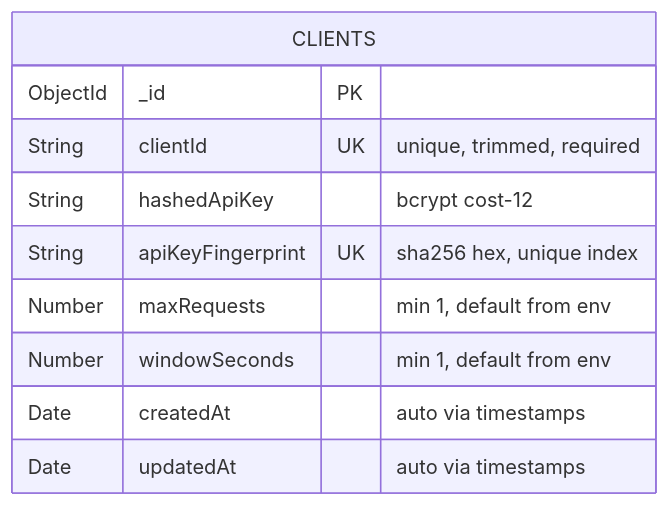
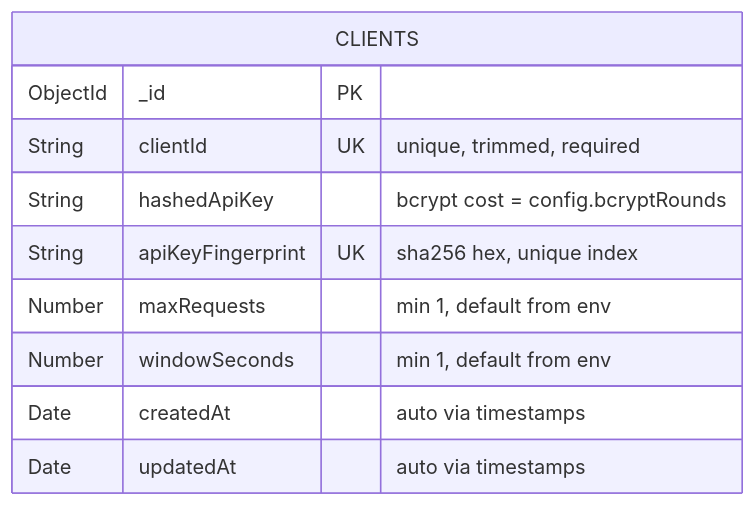
The tenth of 17 diagrams in ARCHITECTURE.md (ramalokeshreddyp/RateGuard), drawn with Mermaid before and after one commit. The commit also changed other lines of this file and 2 other files, not shown here.

Commit message:
docs: comprehensive rewrite of README, ARCHITECTURE, and projectdocumentation (v2.0) - 43 tests, GET /clients/:id, X-RateLimit-* headers, BCRYPT_ROUNDS, ioredis-mock, .dockerignore

````diff
--- a/ARCHITECTURE.md
+++ b/ARCHITECTURE.md
@@ -421,13 +472,13 @@
 ```mermaid
 erDiagram
     CLIENTS {
         ObjectId _id PK
         String clientId UK "unique, trimmed, required"
-        String hashedApiKey "bcrypt cost-12"
+        String hashedApiKey "bcrypt cost = config.bcryptRounds"
         String apiKeyFingerprint UK "sha256 hex, unique index"
         Number maxRequests "min 1, default from env"
         Number windowSeconds "min 1, default from env"
         Date createdAt "auto via timestamps"
         Date updatedAt "auto via timestamps"
     }
 ```
````
